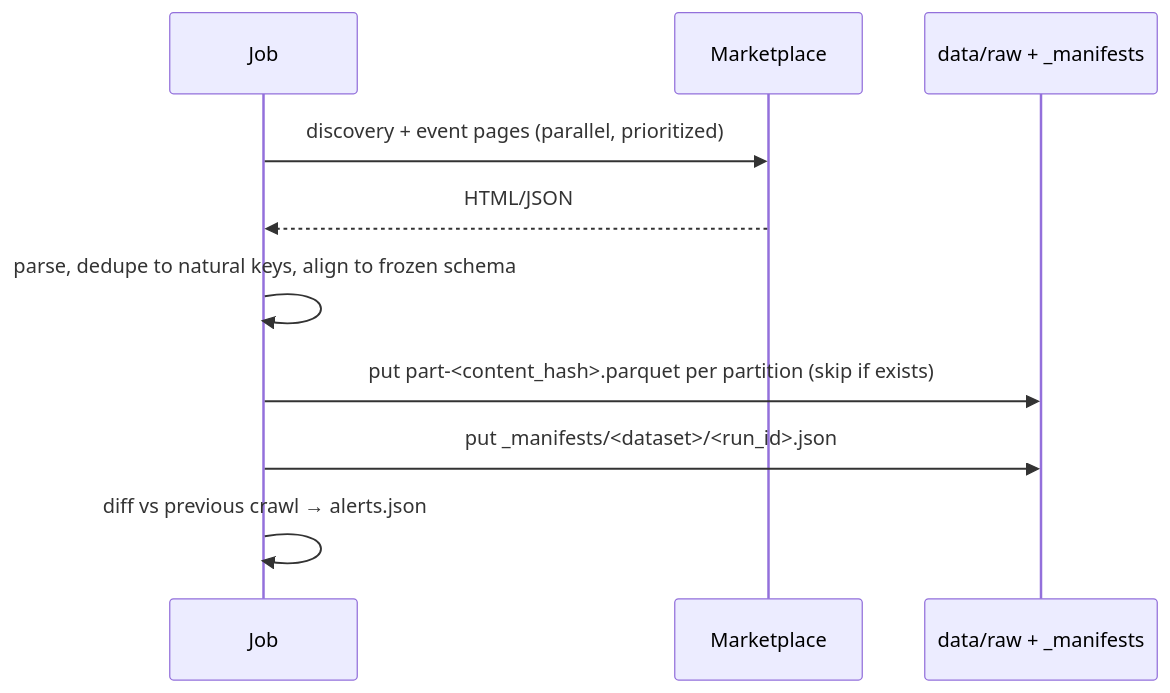
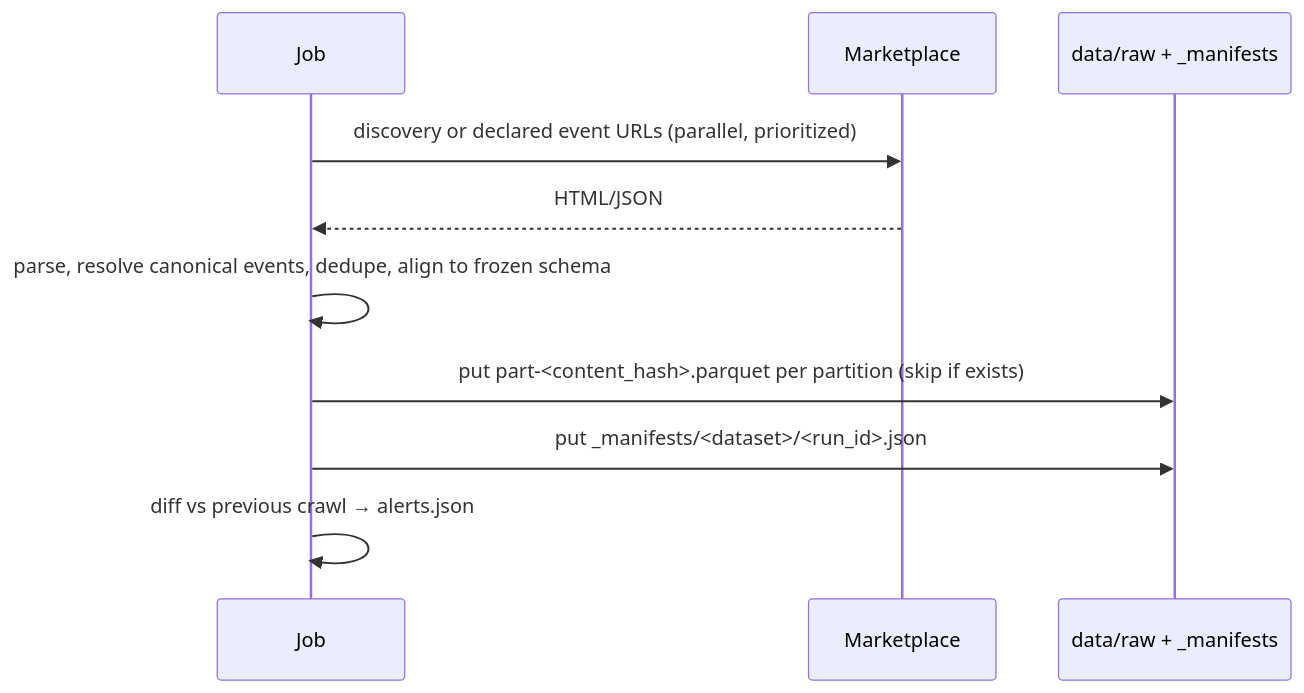
Before and after one commit to holmbergf/ticket-scraper: the second of 2 diagrams in docs/architecture.md, drawn with Mermaid. The commit also changed other lines of this file and 95 other files, not shown here.

````diff
--- a/docs/architecture.md
+++ b/docs/architecture.md
@@ -102,12 +120,12 @@
 ```mermaid
 sequenceDiagram
     participant Job
     participant Src as Marketplace
     participant Raw as data/raw + _manifests
-    Job->>Src: discovery + event pages (parallel, prioritized)
+    Job->>Src: discovery or declared event URLs (parallel, prioritized)
     Src-->>Job: HTML/JSON
-    Job->>Job: parse, dedupe to natural keys, align to frozen schema
+    Job->>Job: parse, resolve canonical events, dedupe, align to frozen schema
     Job->>Raw: put part-<content_hash>.parquet per partition (skip if exists)
     Job->>Raw: put _manifests/<dataset>/<run_id>.json
     Job->>Job: diff vs previous crawl → alerts.json
 ```
````
